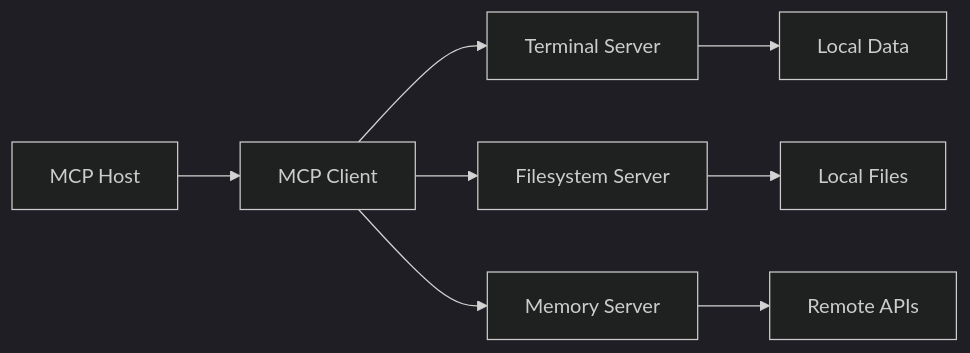
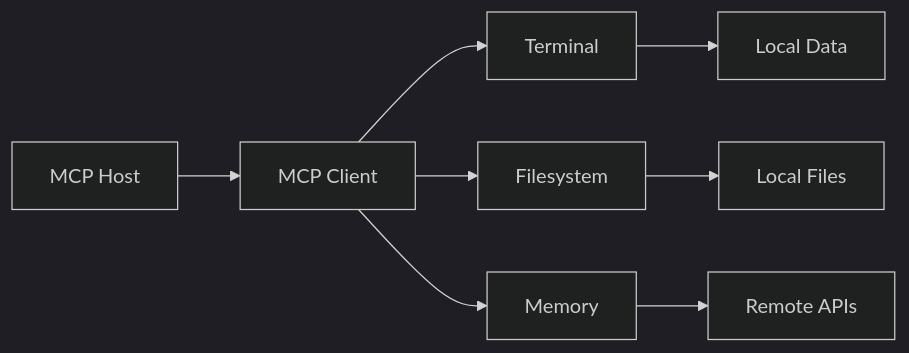
One commit to Techiral/mcp changed the first of 5 diagrams in README.md. Above: the diagram before and after it, drawn with Mermaid (dark theme).

Commit message:
Update README.md diagram to reflect new server and data node names

````diff
--- a/README.md
+++ b/README.md
@@ -15,10 +15,10 @@
 ```mermaid
 flowchart LR
-    Host[MCP Host] --> Client[MCP Client]
-    Client --> ServerA[Terminal Server]
-    Client --> ServerB[Filesystem Server]
-    Client --> ServerC[Memory Server]
-    ServerA --> DataA[Local Data]
-    ServerB --> DataB[Local Files]
-    ServerC --> APIC[Remote APIs]
+    A[MCP Host] --> B[MCP Client]
+    B --> C[Terminal]
+    B --> D[Filesystem]
+    B --> E[Memory]
+    C --> F[Local Data]
+    D --> G[Local Files]
+    E --> H[Remote APIs]
 ```
````
